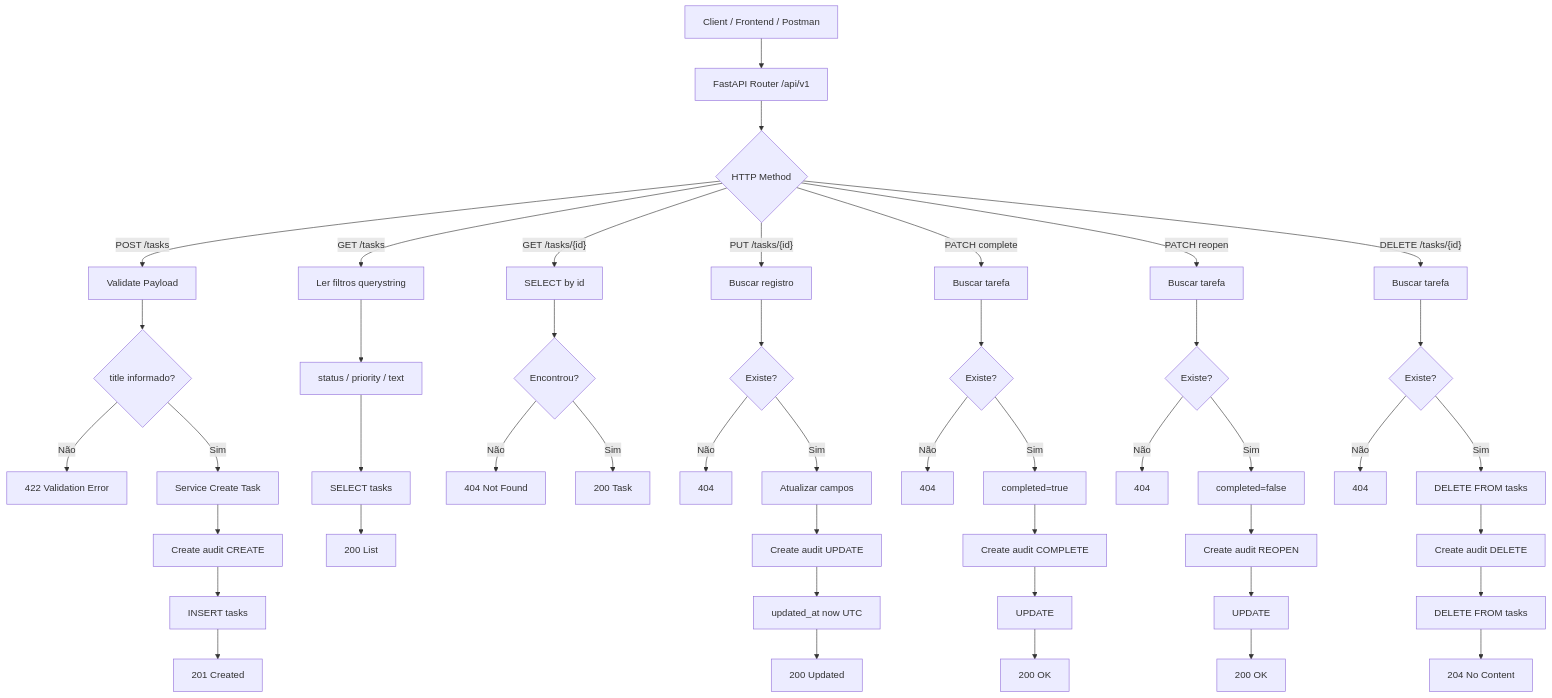
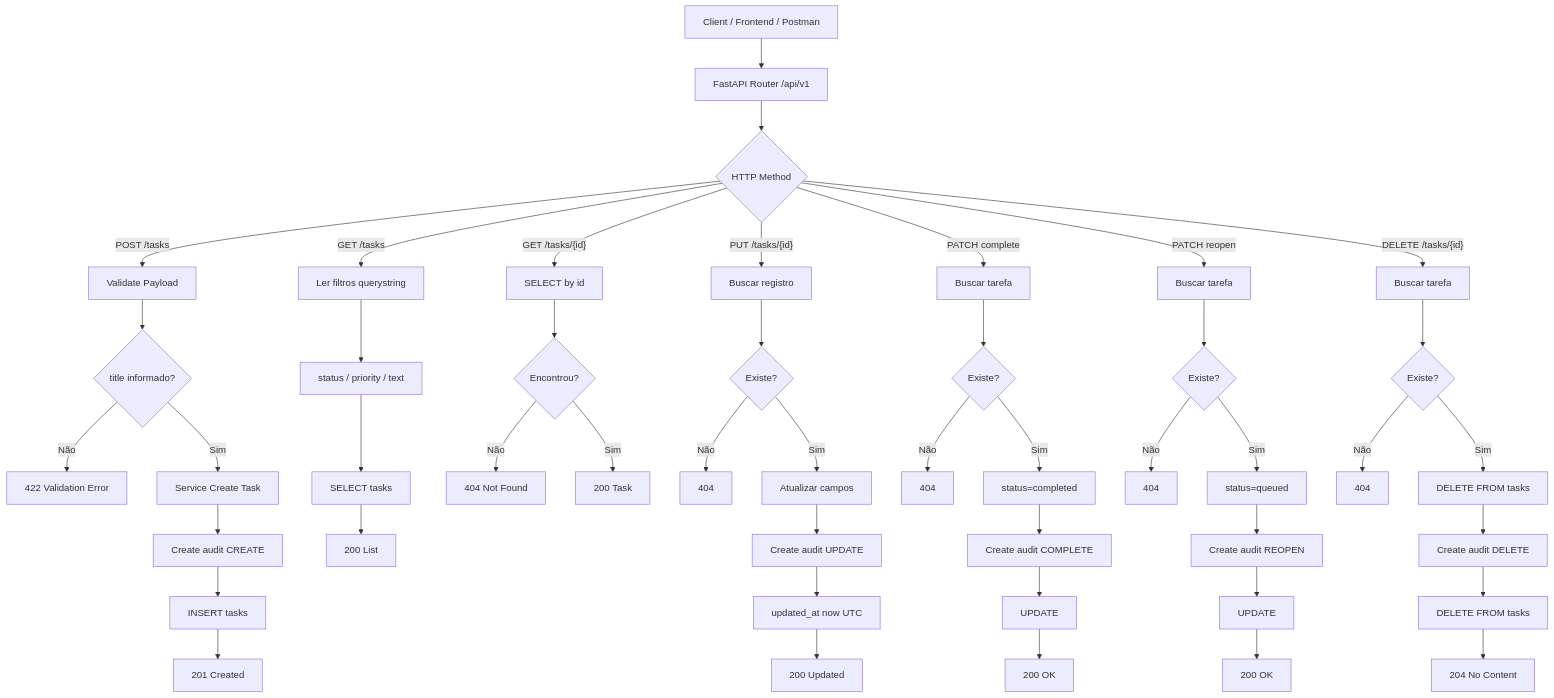
The diagram in diagrams/taskflow_logical_flow_enterprise.md (vilainricardo/AVA_TaskFlowAPI), drawn with Mermaid before and after one commit. The commit also changed 18 other files, not shown here.

````diff
--- a/diagrams/taskflow_logical_flow_enterprise.md
+++ b/diagrams/taskflow_logical_flow_enterprise.md
@@ -1,55 +1,55 @@
 ```mermaid
 flowchart TD
 A[Client / Frontend / Postman] --> B[FastAPI Router /api/v1]
 B --> C{HTTP Method}
 
 C -->|POST /tasks| D1[Validate Payload]
 D1 --> E1{title informado?}
 E1 -->|Não| X1[422 Validation Error]
 E1 -->|Sim| F1[Service Create Task]
 F1 --> G1[Create audit CREATE]
 G1 --> H1[INSERT tasks]
 H1 --> I1[201 Created]
 
 C -->|GET /tasks| D2[Ler filtros querystring]
 D2 --> E2[status / priority / text]
 E2 --> F2[SELECT tasks]
 F2 --> H2[200 List]
 
 C -->|"GET /tasks/{id}"| D3[SELECT by id]
 D3 --> E3{Encontrou?}
 E3 -->|Não| X3[404 Not Found]
 E3 -->|Sim| H3[200 Task]
 
 C -->|"PUT /tasks/{id}"| D4[Buscar registro]
 D4 --> E4{Existe?}
 E4 -->|Não| X4[404]
 E4 -->|Sim| F4[Atualizar campos]
 F4 --> G4[Create audit UPDATE]
 G4 --> H4[updated_at now UTC]
 H4 --> I4[200 Updated]
 
 C -->|PATCH complete| D5[Buscar tarefa]
 D5 --> E5{Existe?}
 E5 -->|Não| X5[404]
-E5 -->|Sim| F5[completed=true]
+E5 -->|Sim| F5[status=completed]
 F5 --> G5[Create audit COMPLETE]
 G5 --> H5[UPDATE]
 H5 --> I5[200 OK]
 
 C -->|PATCH reopen| D6[Buscar tarefa]
 D6 --> E6{Existe?}
 E6 -->|Não| X6[404]
-E6 -->|Sim| F6[completed=false]
+E6 -->|Sim| F6[status=queued]
 F6 --> G6[Create audit REOPEN]
 G6 --> H6[UPDATE]
 H6 --> I6[200 OK]
 
 C -->|"DELETE /tasks/{id}"| D7[Buscar tarefa]
 D7 --> E7{Existe?}
 E7 -->|Não| X7[404]
 E7 -->|Sim| F7[DELETE FROM tasks]
 F7 --> G7[Create audit DELETE]
 G7 --> H7[DELETE FROM tasks]
 H7 --> I7[204 No Content]
 ```
````
